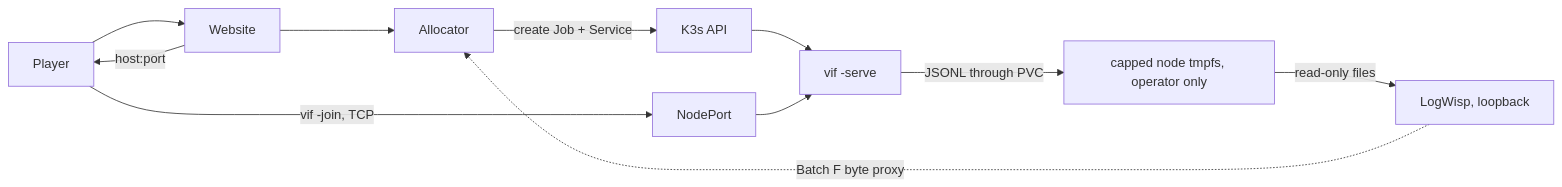
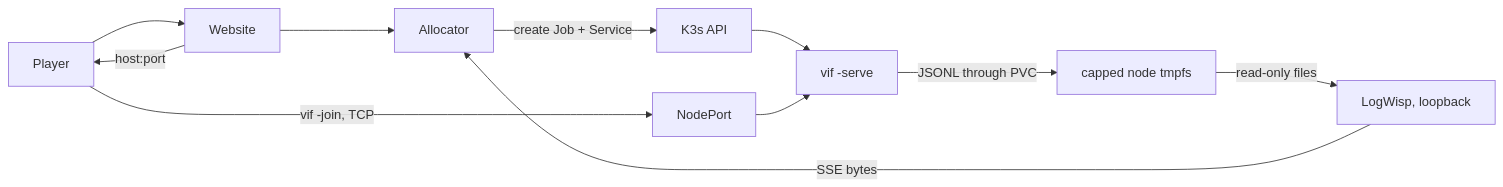
The diagram in doc/kubernetes-fleet.md (lixenwraith/vi-fighter), drawn with Mermaid before and after one commit. The commit also changed other lines of this file and 16 other files, not shown here.

````diff
--- a/doc/kubernetes-fleet.md
+++ b/doc/kubernetes-fleet.md
@@ -48,12 +28,12 @@
 ```mermaid
 flowchart LR
     Player["Player"] --> Site["Website"]
     Site --> Alloc["Allocator"]
     Alloc -->|"create Job + Service"| API["K3s API"]
     API --> Pod["vif -serve"]
     Site -->|"host:port"| Player
     Player -->|"vif -join, TCP"| NP["NodePort"] --> Pod
-    Pod -->|"JSONL through PVC"| Logs["capped node tmpfs, operator only"]
+    Pod -->|"JSONL through PVC"| Logs["capped node tmpfs"]
     Logs -->|"read-only files"| Wisp["LogWisp, loopback"]
-    Wisp -.->|"Batch F byte proxy"| Alloc
+    Wisp -->|"SSE bytes"| Alloc
 ```
````
